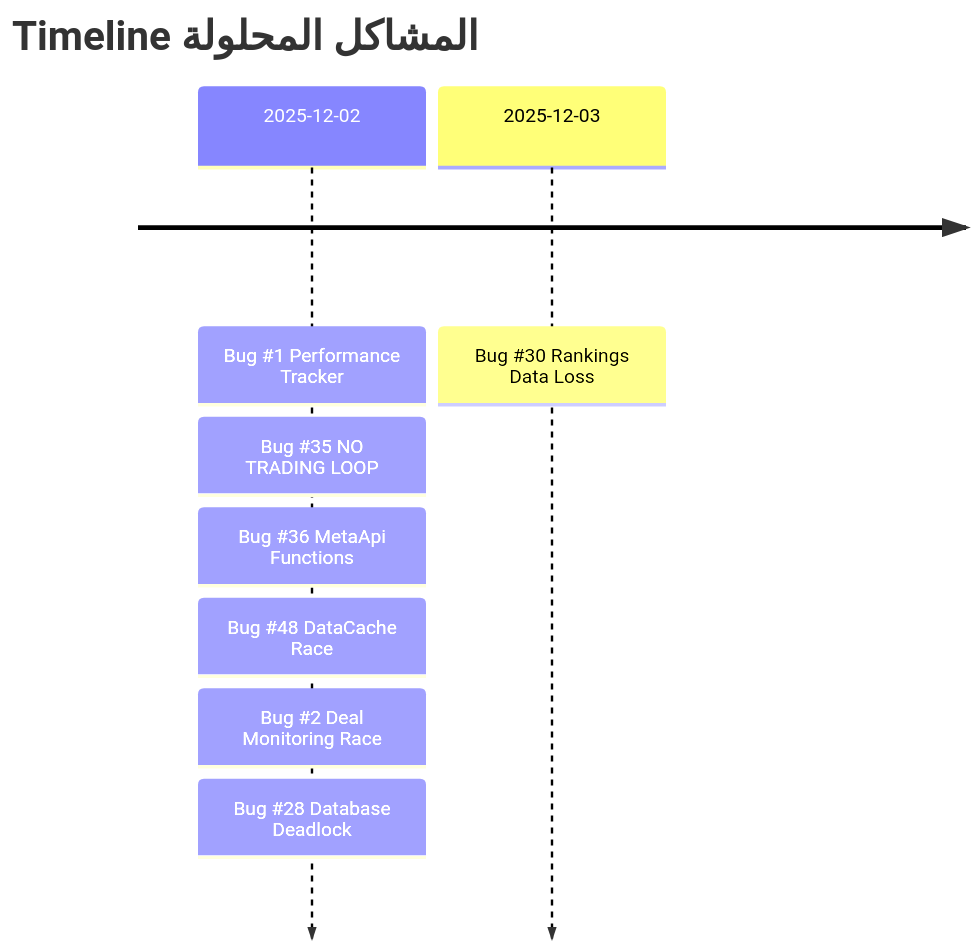
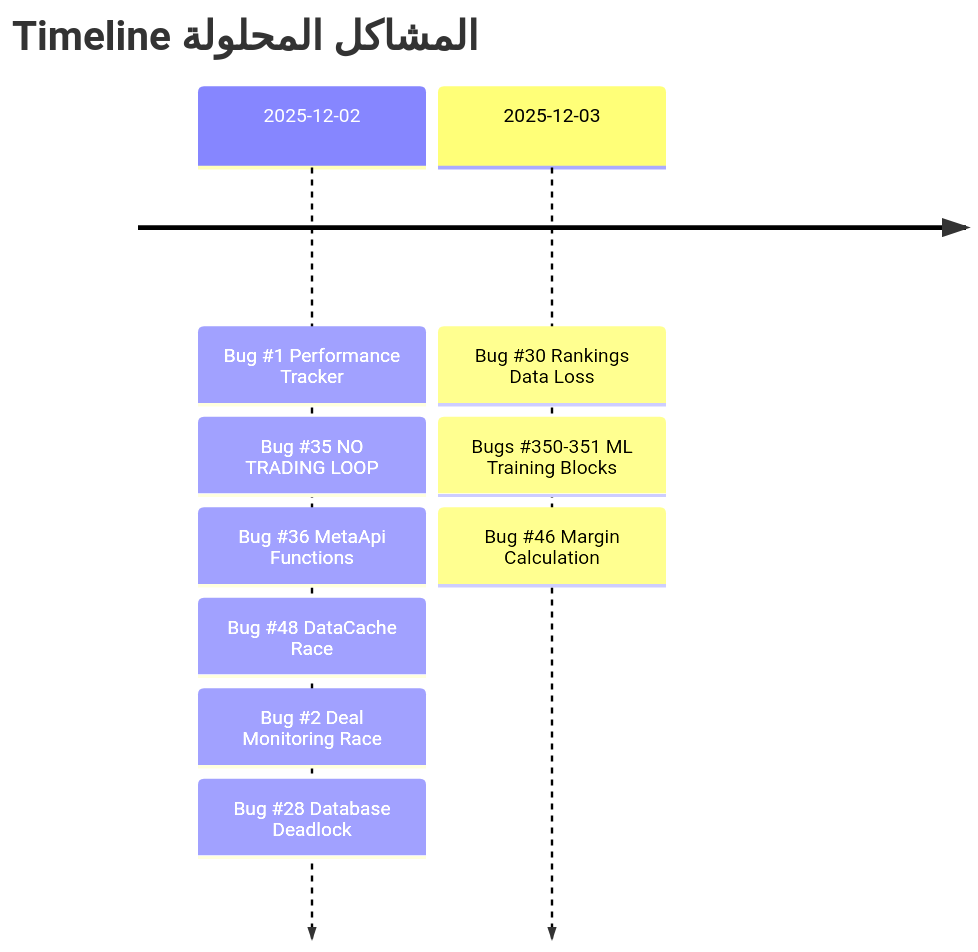
Before and after one commit to olevar2/Auj6: the second of 5 diagrams in docs/reports/COMPLETE_BUG_VERIFICATION_REPORT_NEW.md, drawn with Mermaid. The commit also changed other lines of this file and 7 other files, not shown here.

````diff
--- a/docs/reports/COMPLETE_BUG_VERIFICATION_REPORT_NEW.md
+++ b/docs/reports/COMPLETE_BUG_VERIFICATION_REPORT_NEW.md
@@ -66,11 +66,13 @@
 ```mermaid
 timeline
     title Timeline المشاكل المحلولة
     2025-12-02 : Bug #1 Performance Tracker
                : Bug #35 NO TRADING LOOP
                : Bug #36 MetaApi Functions
                : Bug #48 DataCache Race
                : Bug #2 Deal Monitoring Race
                : Bug #28 Database Deadlock
     2025-12-03 : Bug #30 Rankings Data Loss
+               : Bugs #350-351 ML Training Blocks
+               : Bug #46 Margin Calculation
 ```
````
